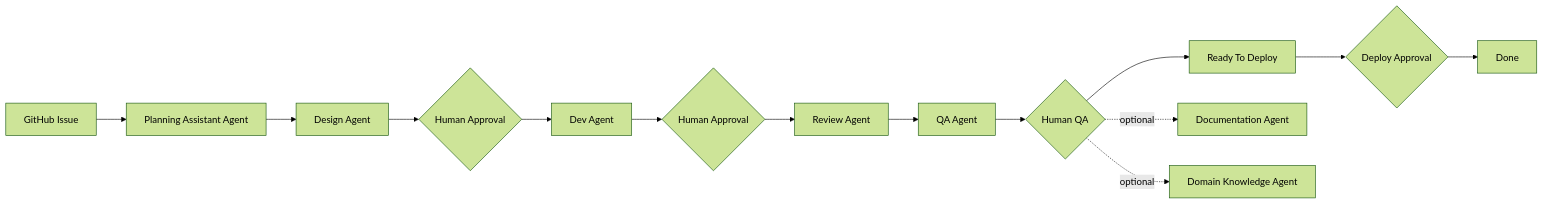
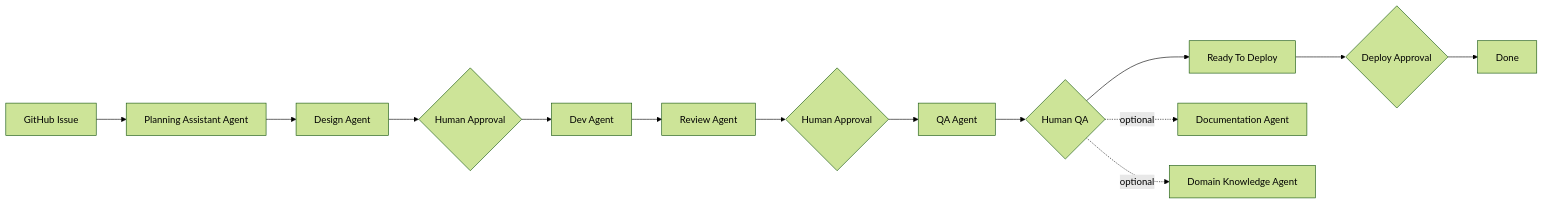
One commit to passionryu/Harness changed the diagram in README.md. Above: the diagram before and after it, drawn with Mermaid (forest theme). The commit also changed other lines of this file, not shown here.

````diff
--- a/README.md
+++ b/README.md
@@ -14,17 +14,17 @@
 ```mermaid
 graph LR
     issue[GitHub Issue] --> planning[Planning Assistant Agent]
     planning --> design[Design Agent]
     design --> planApproval{Human Approval}
     planApproval --> dev[Dev Agent]
-    dev --> devApproval{Human Approval}
-    devApproval --> review[Review Agent]
-    review --> qa[QA Agent]
+    dev --> review[Review Agent]
+    review --> devApproval{Human Approval}
+    devApproval --> qa[QA Agent]
     qa --> humanQa{Human QA}
     humanQa --> ready[Ready To Deploy]
     ready --> deployApproval{Deploy Approval}
     deployApproval --> done[Done]
 
     humanQa -. optional .-> docs[Documentation Agent]
     humanQa -. optional .-> domain[Domain Knowledge Agent]
 ```
````
